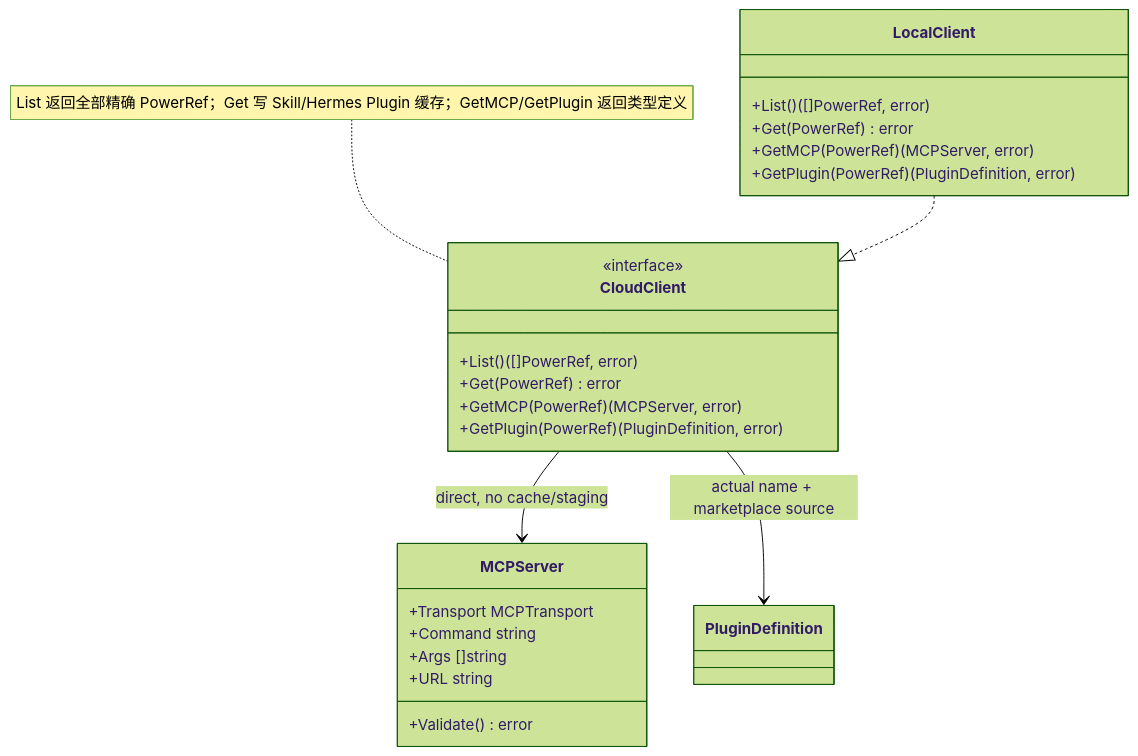
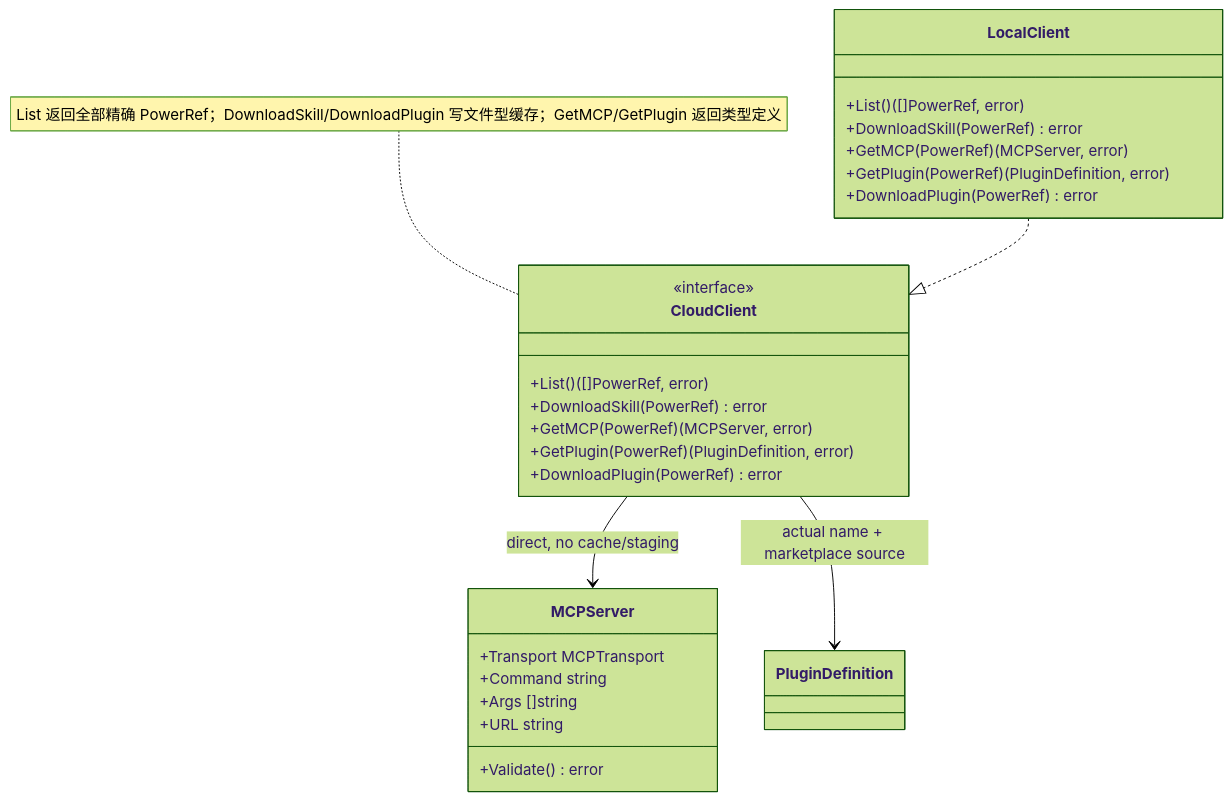
One commit to spacemit-com/agent-power-manager changed the diagram in ivory-tower/c4/components/apm-cli-diagrams/cloud-client.mmd. Above: the diagram before and after it, drawn with Mermaid (forest theme). The commit also changed 6 other files, not shown here.

```diff
--- a/ivory-tower/c4/components/apm-cli-diagrams/cloud-client.mmd
+++ b/ivory-tower/c4/components/apm-cli-diagrams/cloud-client.mmd
@@ -1,25 +1,27 @@
 classDiagram
-    note for CloudClient "List 返回全部精确 PowerRef；Get 写 Skill/Hermes Plugin 缓存；GetMCP/GetPlugin 返回类型定义"
+    note for CloudClient "List 返回全部精确 PowerRef；DownloadSkill/DownloadPlugin 写文件型缓存；GetMCP/GetPlugin 返回类型定义"
     class CloudClient {
         <<interface>>
         +List() ([]PowerRef, error)
-        +Get(PowerRef) error
+        +DownloadSkill(PowerRef) error
         +GetMCP(PowerRef) (MCPServer, error)
         +GetPlugin(PowerRef) (PluginDefinition, error)
+        +DownloadPlugin(PowerRef) error
     }
     class MCPServer {
         +Transport MCPTransport
         +Command string
         +Args []string
         +URL string
         +Validate() error
     }
     class LocalClient {
         +List() ([]PowerRef, error)
-        +Get(PowerRef) error
+        +DownloadSkill(PowerRef) error
         +GetMCP(PowerRef) (MCPServer, error)
         +GetPlugin(PowerRef) (PluginDefinition, error)
+        +DownloadPlugin(PowerRef) error
     }
     LocalClient ..|> CloudClient
     CloudClient --> MCPServer : direct, no cache/staging
     CloudClient --> PluginDefinition : actual name + marketplace source
```
